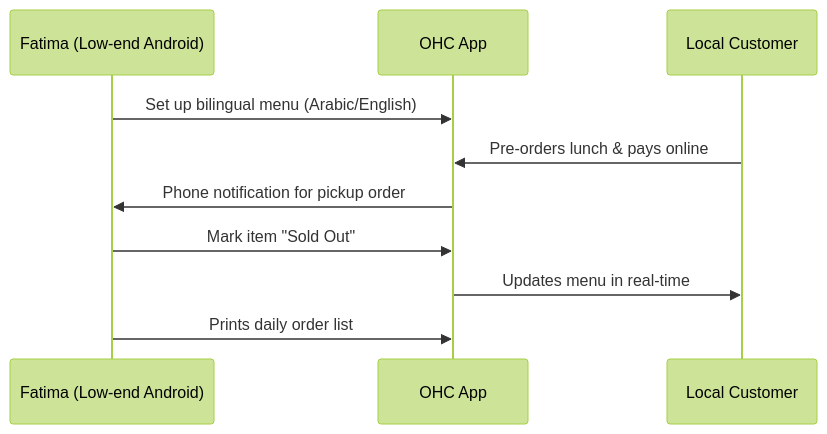
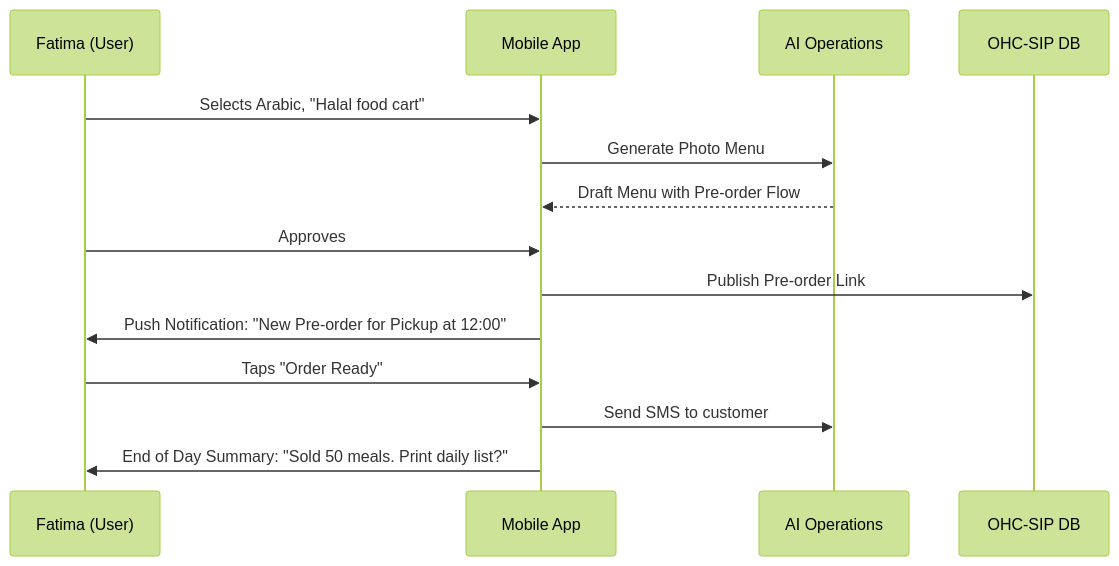
Before and after one commit to omnisolo-llc/onehumancorp: the fifth of 5 diagrams in .agent-task/report/task_output.md, drawn with Mermaid (forest theme). The commit also changed other lines of this file, not shown here.

First line of the commit message:
Add Business Journey Architecture research report

````diff
--- a/.agent-task/report/task_output.md
+++ b/.agent-task/report/task_output.md
@@ -108,13 +196,22 @@
 ```mermaid
 sequenceDiagram
-    participant Fatima as Fatima (Low-end Android)
-    participant OHC as OHC App
-    participant Customer as Local Customer
+    participant F as Fatima (User)
+    participant App as Mobile App
+    participant AI_O as AI Operations
+    participant DB as OHC-SIP DB
 
-    Fatima->>OHC: Set up bilingual menu (Arabic/English)
-    Customer->>OHC: Pre-orders lunch & pays online
-    OHC->>Fatima: Phone notification for pickup order
-    Fatima->>OHC: Mark item "Sold Out"
-    OHC->>Customer: Updates menu in real-time
-    Fatima->>OHC: Prints daily order list
+    %% Onboarding
+    F->>App: Selects Arabic, "Halal food cart"
+    App->>AI_O: Generate Photo Menu
+    AI_O-->>App: Draft Menu with Pre-order Flow
+    F->>App: Approves
+    App->>DB: Publish Pre-order Link
+
+    %% Activation
+    App->>F: Push Notification: "New Pre-order for Pickup at 12:00"
+    F->>App: Taps "Order Ready"
+    App->>AI_O: Send SMS to customer
+
+    %% Retention
+    App->>F: End of Day Summary: "Sold 50 meals. Print daily list?"
 ```
````
